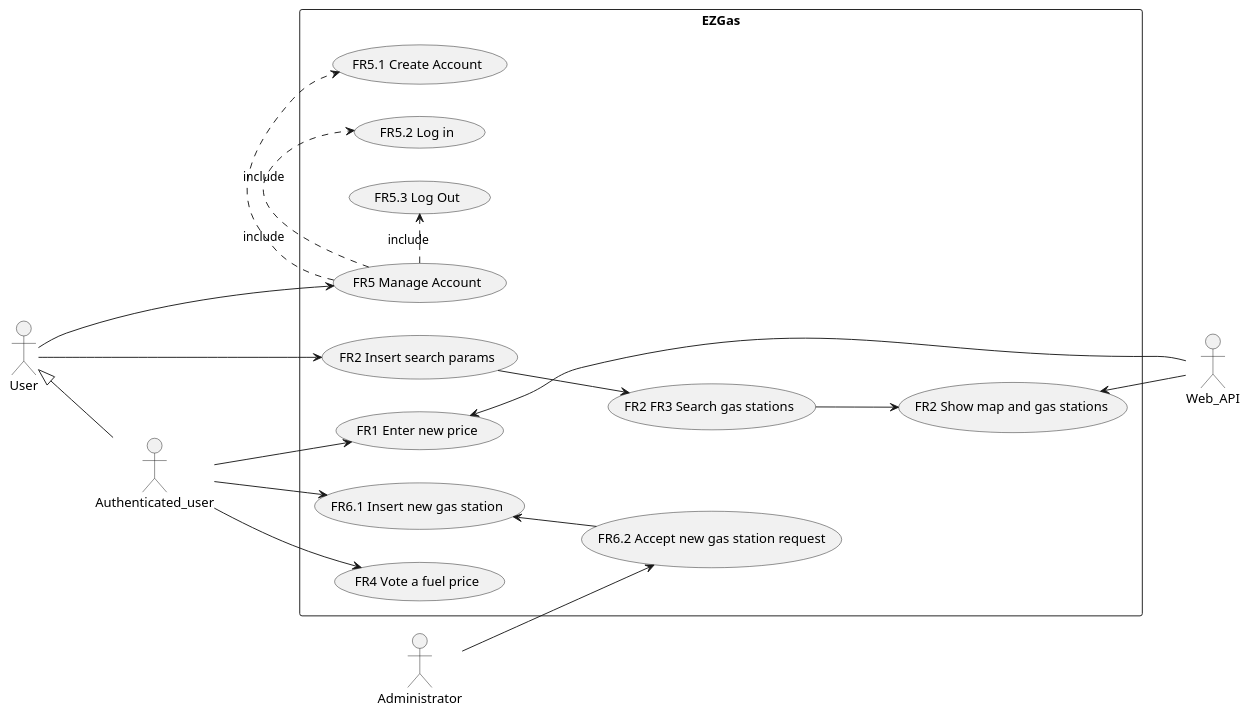
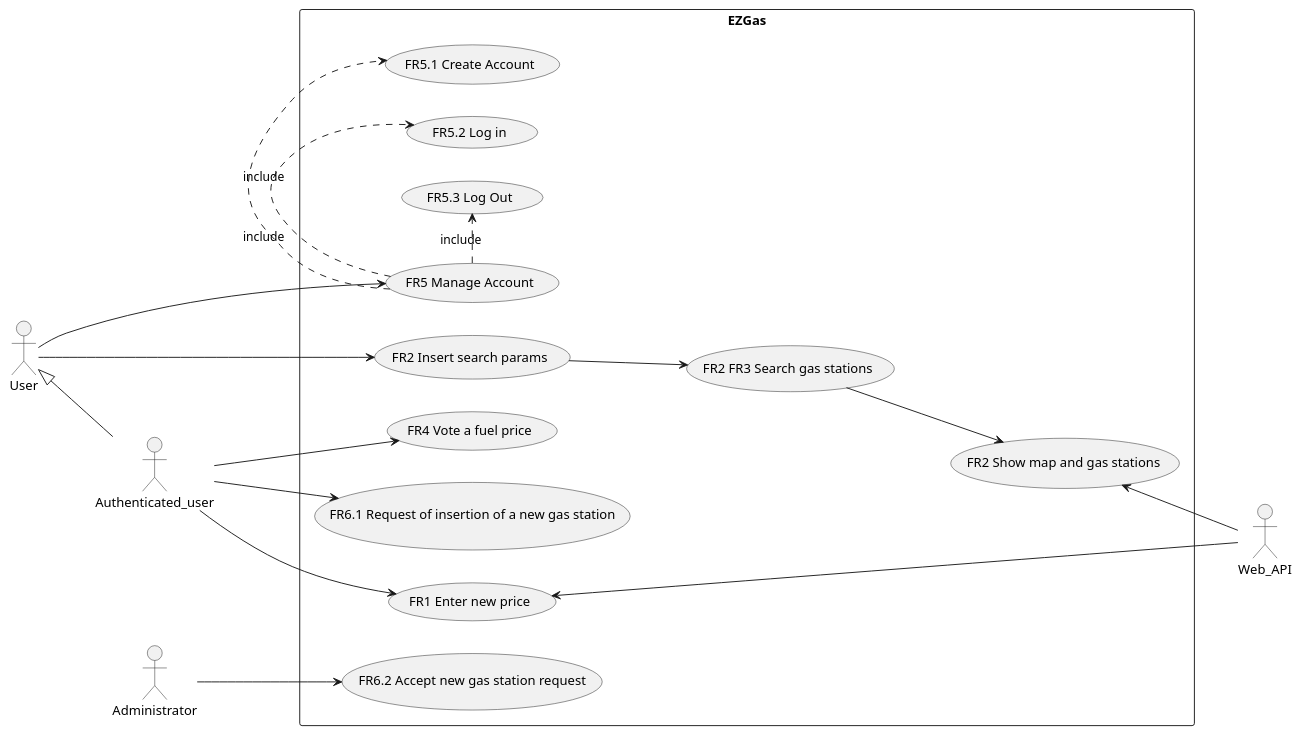
The second of 3 diagrams in docs/RequirementsDocument.md (SE2-group4/SE1-project), drawn with PlantUML before and after one commit. The commit also changed other lines of this file and 5 other files, not shown here.

````diff
--- a/docs/RequirementsDocument.md
+++ b/docs/RequirementsDocument.md
@@ -122,33 +122,33 @@
 ```plantuml
 @startuml
 
 left to right direction
 
 Actor User as U
 Actor Authenticated_user as AU
 Actor Administrator as A
 Actor Web_API as WA
 
 U <|-- AU
 rectangle EZGas{
   U -> (FR5 Manage Account)
   U -> (FR2 Insert search params)
 
   AU --> (FR4 Vote a fuel price)
-  AU --> (FR6.1 Insert new gas station)
+  AU --> (FR6.1 Request of insertion of a new gas station)
   A --> (FR6.2 Accept new gas station request)
   AU --> (FR1 Enter new price)
 
   (FR2 Show map and gas stations) <-- WA
-  (FR6.1 Insert new gas station) <-- (FR6.2 Accept new gas station request)
+
   (FR2 Insert search params) --> (FR2 FR3 Search gas stations)
   (FR2 FR3 Search gas stations) --> (FR2 Show map and gas stations)
   WA --> (FR1 Enter new price)
 
   (FR5 Manage Account) .> (FR5.1 Create Account) : include
   (FR5 Manage Account) .> (FR5.2 Log in) : include
   (FR5 Manage Account) .> (FR5.3 Log Out) : include
 }
 
 @enduml
 ```
````
